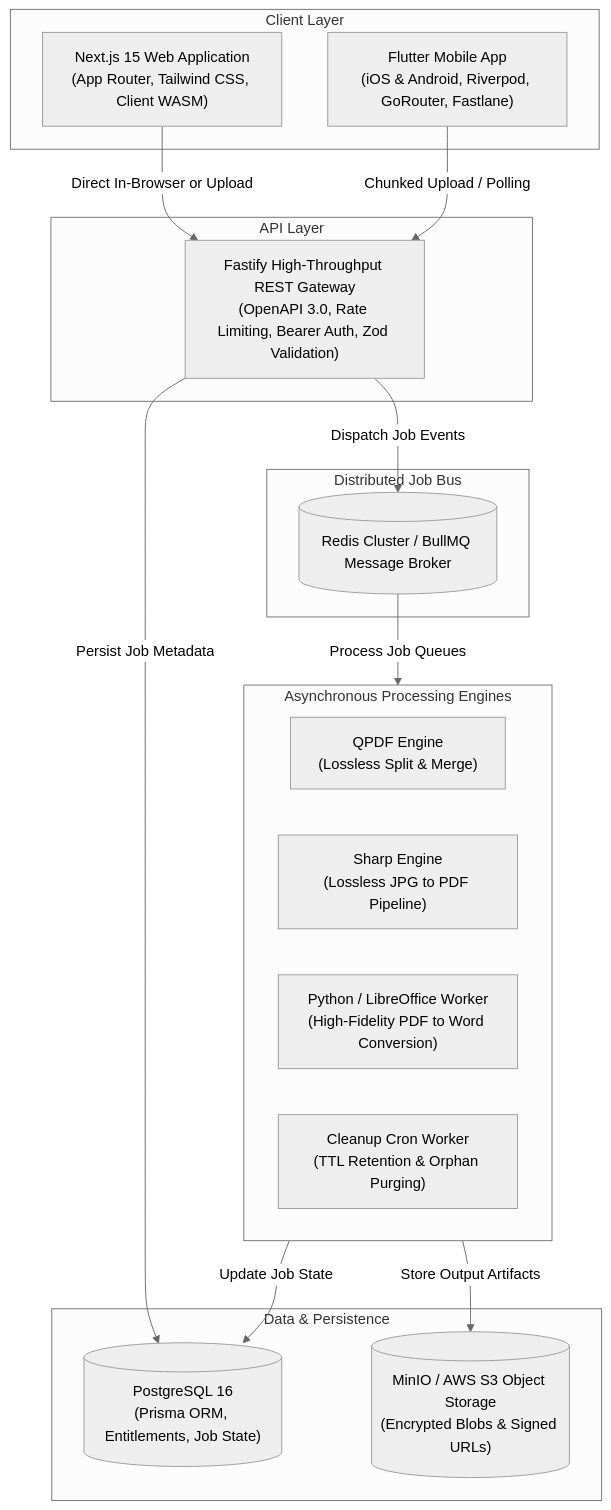
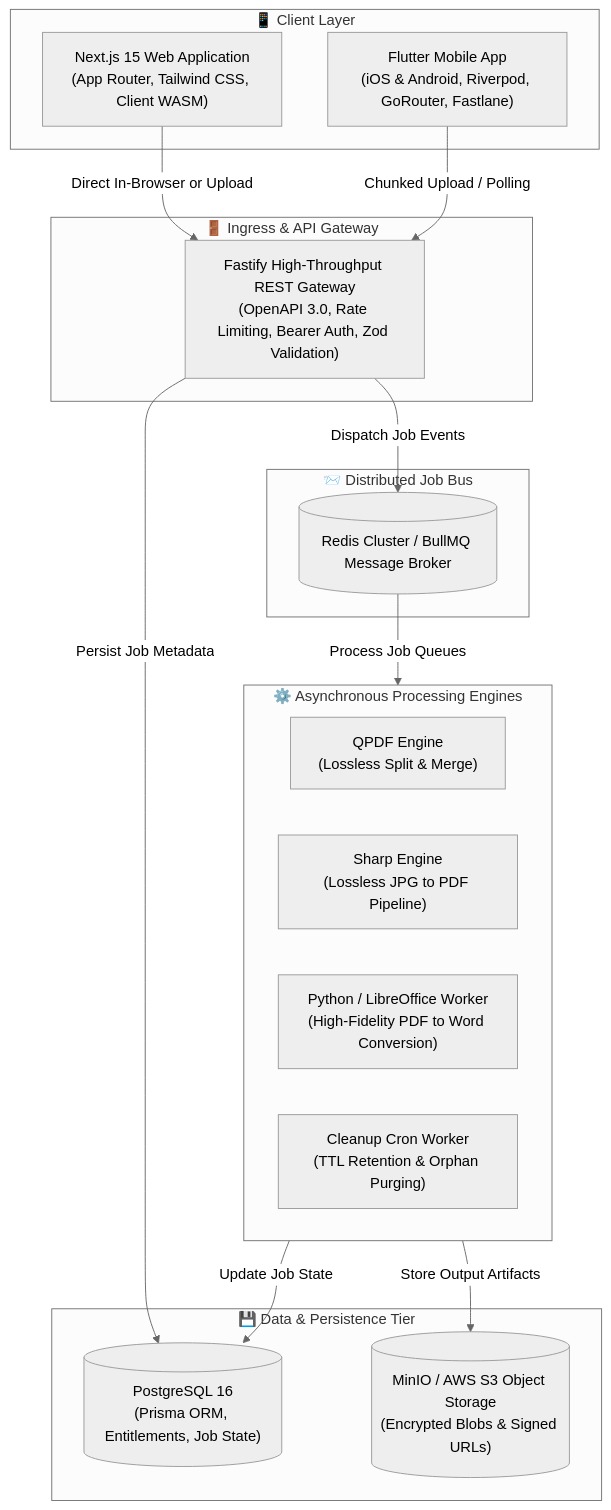
One commit to Subhash6102003/pdf-suite-monorepo changed the first of 3 diagrams in README.md. Above: the diagram before and after it, drawn with Mermaid (neutral theme). The commit also changed other lines of this file, not shown here.

Commit message:
docs: enrich README with async job lifecycle sequence and document state machine diagrams

````diff
--- a/README.md
+++ b/README.md
@@ -17,35 +20,35 @@
 ```mermaid
 flowchart TD
-    subgraph Clients [Client Layer]
+    subgraph Clients ["📱 Client Layer"]
         Web["Next.js 15 Web Application\n(App Router, Tailwind CSS, Client WASM)"]
         Mobile["Flutter Mobile App\n(iOS & Android, Riverpod, GoRouter, Fastlane)"]
     end
 
-    subgraph Gateway [API Layer]
+    subgraph Gateway ["🚪 Ingress & API Gateway"]
         API["Fastify High-Throughput REST Gateway\n(OpenAPI 3.0, Rate Limiting, Bearer Auth, Zod Validation)"]
     end
 
-    subgraph Queue [Distributed Job Bus]
+    subgraph Queue ["📨 Distributed Job Bus"]
         Redis[("Redis Cluster / BullMQ Message Broker")]
     end
 
-    subgraph Workers [Asynchronous Processing Engines]
+    subgraph Workers ["⚙️ Asynchronous Processing Engines"]
         QPDFWorker["QPDF Engine\n(Lossless Split & Merge)"]
         SharpWorker["Sharp Engine\n(Lossless JPG to PDF Pipeline)"]
         PyWorker["Python / LibreOffice Worker\n(High-Fidelity PDF to Word Conversion)"]
         CleanWorker["Cleanup Cron Worker\n(TTL Retention & Orphan Purging)"]
     end
 
-    subgraph Infrastructure [Data & Persistence]
+    subgraph Infrastructure ["💾 Data & Persistence Tier"]
         DB[("PostgreSQL 16\n(Prisma ORM, Entitlements, Job State)")]
         Storage[("MinIO / AWS S3 Object Storage\n(Encrypted Blobs & Signed URLs)")]
     end
 
     Web -->|Direct In-Browser or Upload| API
     Mobile -->|Chunked Upload / Polling| API
     API -->|Persist Job Metadata| DB
     API -->|Dispatch Job Events| Redis
     Redis -->|Process Job Queues| Workers
     Workers -->|Store Output Artifacts| Storage
     Workers -->|Update Job State| DB
 ```
````
